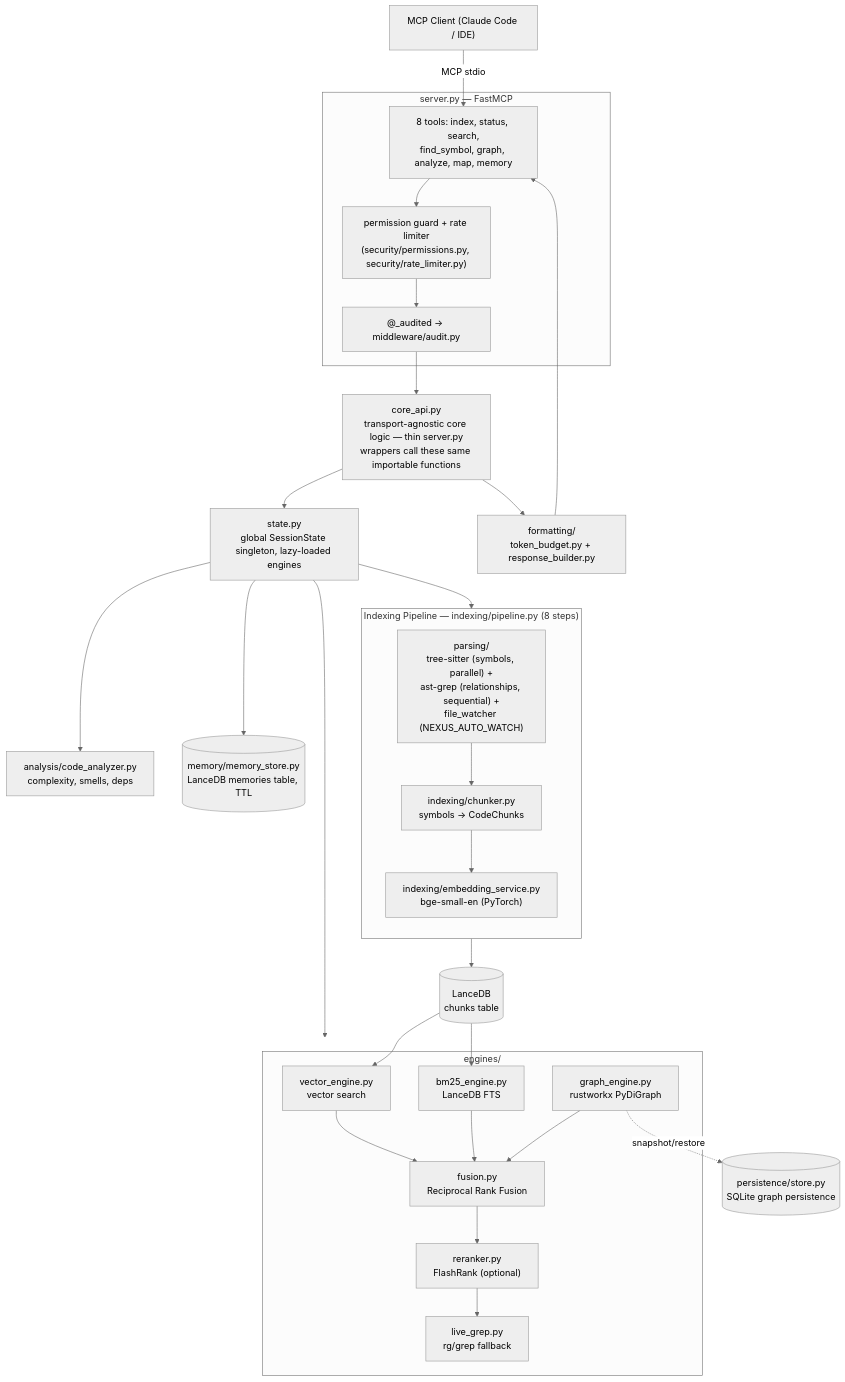
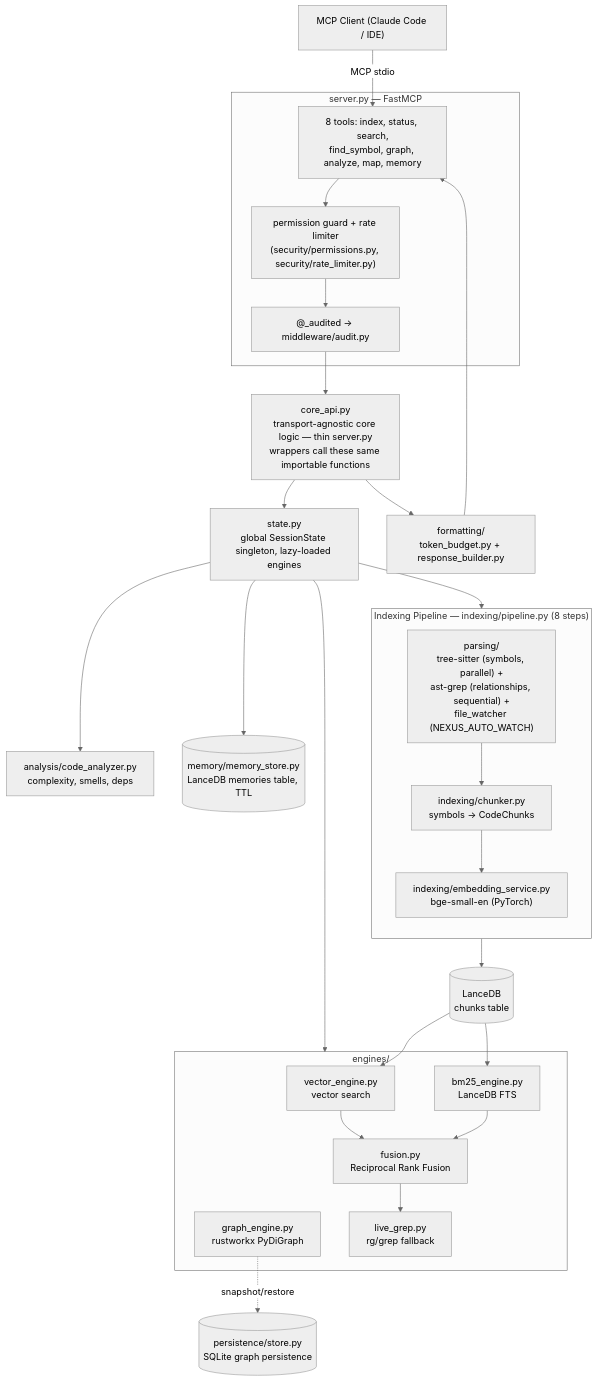
Before and after one commit to jaggernaut007/nexus-mcp: the diagram in docs/ARCHITECTURE.md, drawn with Mermaid (neutral theme). The commit also changed other lines of this file and 30 other files, not shown here.

First line of the commit message:
refactor: remove the reranker and the graph list from search

````diff
--- a/docs/ARCHITECTURE.md
+++ b/docs/ARCHITECTURE.md
@@ -13,57 +13,54 @@
 ```mermaid
 flowchart TB
     Client["MCP Client (Claude Code / IDE)"]
 
     subgraph Server["server.py — FastMCP"]
         Tools["8 tools: index, status, search,\nfind_symbol, graph, analyze, map, memory"]
         Guard["permission guard + rate limiter\n(security/permissions.py, security/rate_limiter.py)"]
         Audit["@_audited → middleware/audit.py"]
     end
 
     Core["core_api.py\ntransport-agnostic core logic — thin server.py\nwrappers call these same importable functions"]
 
     State["state.py\nglobal SessionState singleton, lazy-loaded engines"]
 
     subgraph Indexing["Indexing Pipeline — indexing/pipeline.py (8 steps)"]
         direction TB
         Parse["parsing/\ntree-sitter (symbols, parallel) +\nast-grep (relationships, sequential) +\nfile_watcher (NEXUS_AUTO_WATCH)"]
         Chunk["indexing/chunker.py\nsymbols → CodeChunks"]
         Embed["indexing/embedding_service.py\nbge-small-en (PyTorch)"]
         Parse --> Chunk --> Embed
     end
 
     LanceDB[("LanceDB\nchunks table")]
 
     subgraph Engines["engines/"]
         Vector["vector_engine.py\nvector search"]
         BM25["bm25_engine.py\nLanceDB FTS"]
         Graph["graph_engine.py\nrustworkx PyDiGraph"]
         LiveGrep["live_grep.py\nrg/grep fallback"]
         Fusion["fusion.py\nReciprocal Rank Fusion"]
-        Rerank["reranker.py\nFlashRank (optional)"]
     end
 
     Analysis["analysis/code_analyzer.py\ncomplexity, smells, deps"]
     Memory[("memory/memory_store.py\nLanceDB memories table, TTL")]
     Persistence[("persistence/store.py\nSQLite graph persistence")]
     Formatting["formatting/\ntoken_budget.py + response_builder.py"]
 
     Client -->|MCP stdio| Tools
     Tools --> Guard --> Audit --> Core
     Core --> State
     State --> Indexing
     State --> Engines
     State --> Analysis
     State --> Memory
     Embed --> LanceDB
     LanceDB --> Vector
     LanceDB --> BM25
     Vector --> Fusion
     BM25 --> Fusion
-    Graph --> Fusion
-    Fusion --> Rerank
-    Rerank --> LiveGrep
+    Fusion --> LiveGrep
     Graph -.snapshot/restore.-> Persistence
     Core --> Formatting
     Formatting --> Tools
 ```
````
